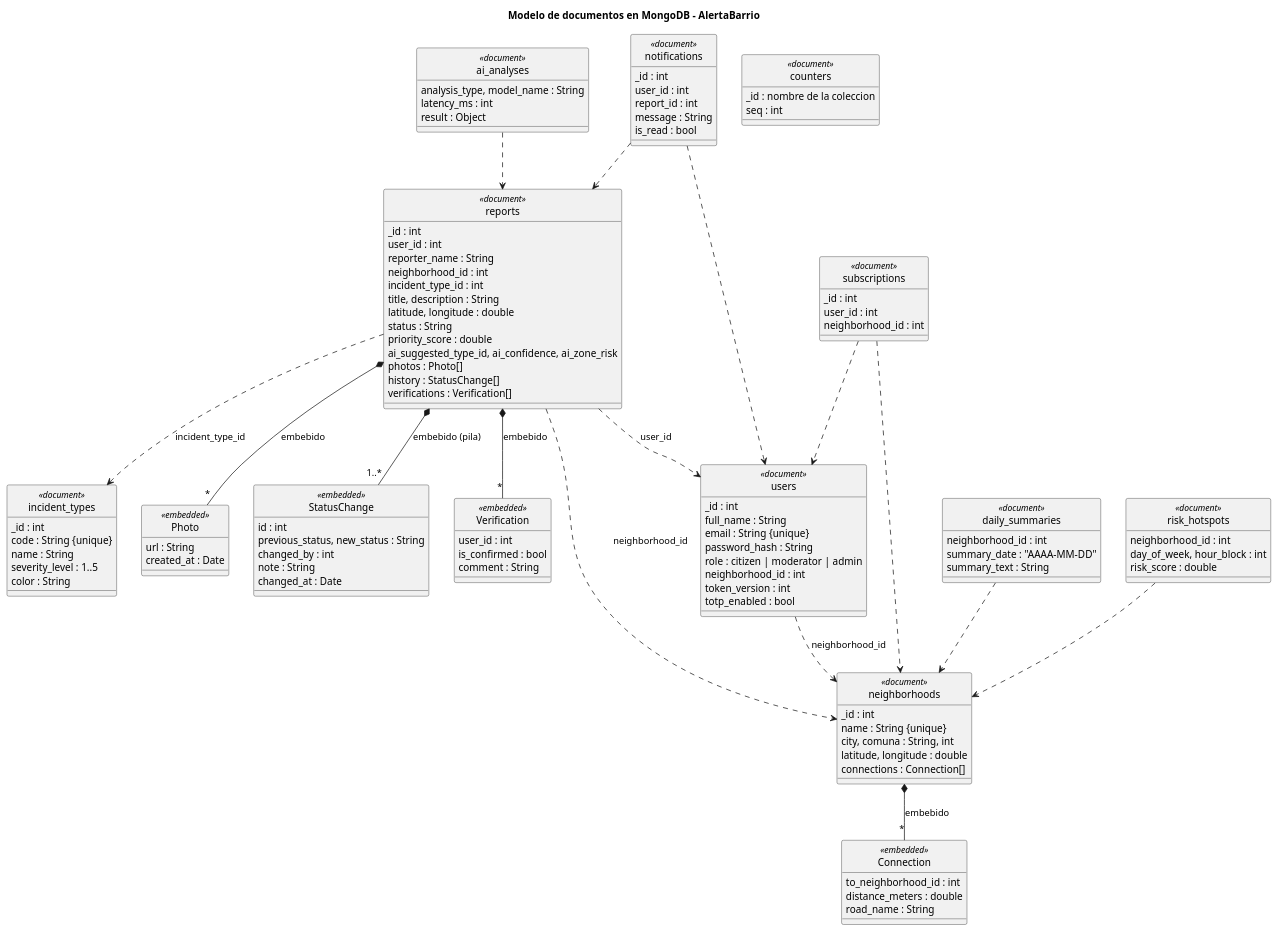
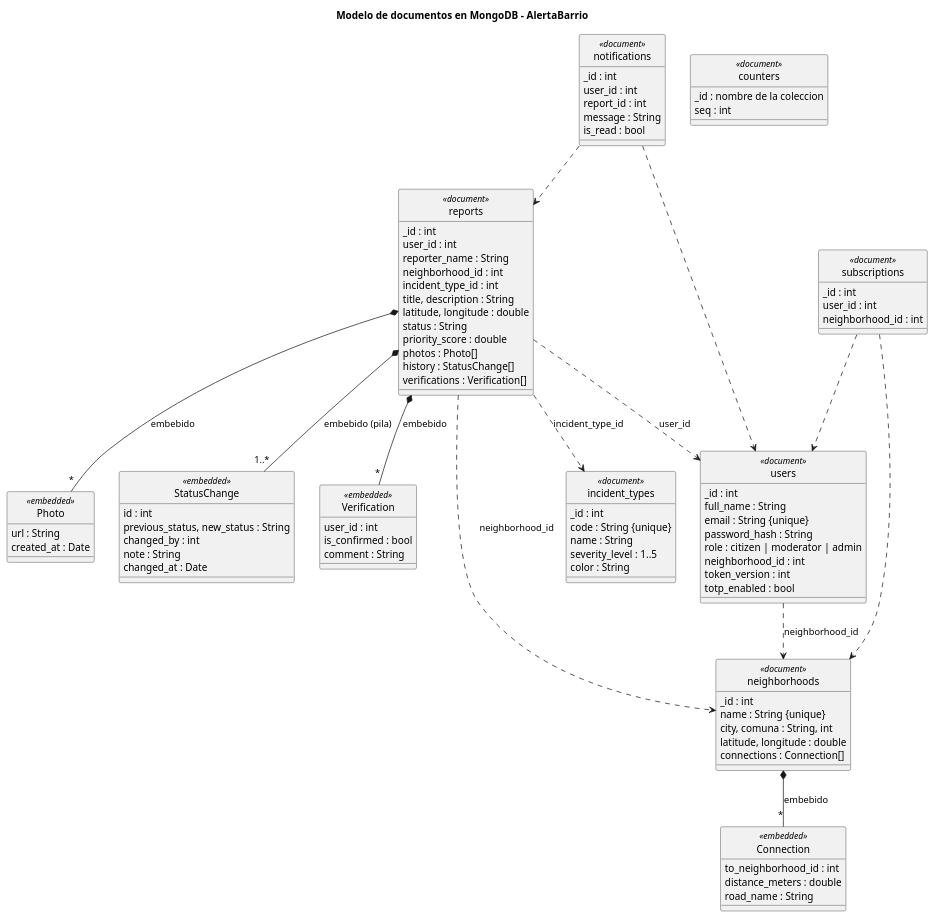
Before and after one commit to neber18/AlertaBarrio-Diseno-de-Software: the diagram in backend/database/modelo_documentos.puml, drawn with PlantUML. The commit also changed 48 other files, not shown here.

```diff
--- a/backend/database/modelo_documentos.puml
+++ b/backend/database/modelo_documentos.puml
@@ -1,113 +1,94 @@
 @startuml Modelo_Documentos_AlertaBarrio
 title Modelo de documentos en MongoDB - AlertaBarrio
 skinparam classAttributeIconSize 0
 hide circle
 
 class "users" as U <<document>> {
   _id : int
   full_name : String
   email : String {unique}
   password_hash : String
   role : citizen | moderator | admin
   neighborhood_id : int
   token_version : int
   totp_enabled : bool
 }
 class "neighborhoods" as N <<document>> {
   _id : int
   name : String {unique}
   city, comuna : String, int
   latitude, longitude : double
   connections : Connection[]
 }
 class "Connection" as C <<embedded>> {
   to_neighborhood_id : int
   distance_meters : double
   road_name : String
 }
 class "incident_types" as T <<document>> {
   _id : int
   code : String {unique}
   name : String
   severity_level : 1..5
   color : String
 }
 class "reports" as R <<document>> {
   _id : int
   user_id : int
   reporter_name : String
   neighborhood_id : int
   incident_type_id : int
   title, description : String
   latitude, longitude : double
   status : String
   priority_score : double
-  ai_suggested_type_id, ai_confidence, ai_zone_risk
   photos : Photo[]
   history : StatusChange[]
   verifications : Verification[]
 }
 class "Photo" as P <<embedded>> {
   url : String
   created_at : Date
 }
 class "StatusChange" as H <<embedded>> {
   id : int
   previous_status, new_status : String
   changed_by : int
   note : String
   changed_at : Date
 }
 class "Verification" as V <<embedded>> {
   user_id : int
   is_confirmed : bool
   comment : String
 }
 class "subscriptions" as S <<document>> {
   _id : int
   user_id : int
   neighborhood_id : int
 }
 class "notifications" as NO <<document>> {
   _id : int
   user_id : int
   report_id : int
   message : String
   is_read : bool
 }
-class "ai_analyses" as A <<document>> {
-  analysis_type, model_name : String
-  latency_ms : int
-  result : Object
-}
-class "daily_summaries" as D <<document>> {
-  neighborhood_id : int
-  summary_date : "AAAA-MM-DD"
-  summary_text : String
-}
-class "risk_hotspots" as Z <<document>> {
-  neighborhood_id : int
-  day_of_week, hour_block : int
-  risk_score : double
-}
 class "counters" as K <<document>> {
   _id : nombre de la coleccion
   seq : int
 }
 
 N *-- "*" C : embebido
 R *-- "*" P : embebido
 R *-- "1..*" H : embebido (pila)
 R *-- "*" V : embebido
 R ..> U : user_id
 R ..> N : neighborhood_id
 R ..> T : incident_type_id
 U ..> N : neighborhood_id
 S ..> U
 S ..> N
 NO ..> U
 NO ..> R
-D ..> N
-Z ..> N
-A ..> R
 @enduml
```
